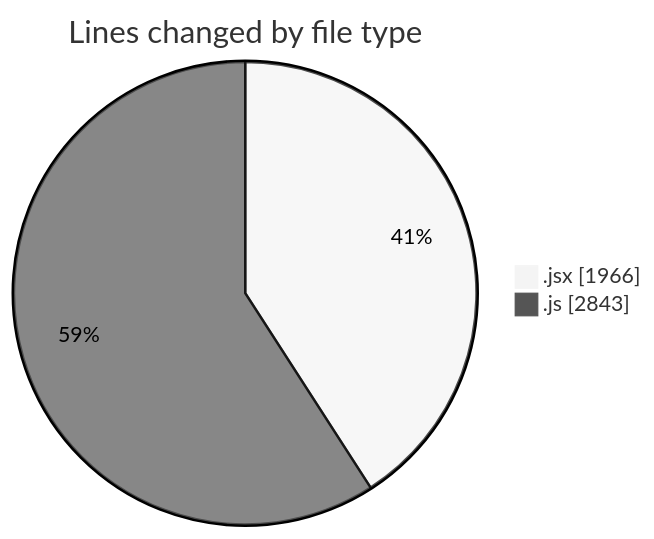
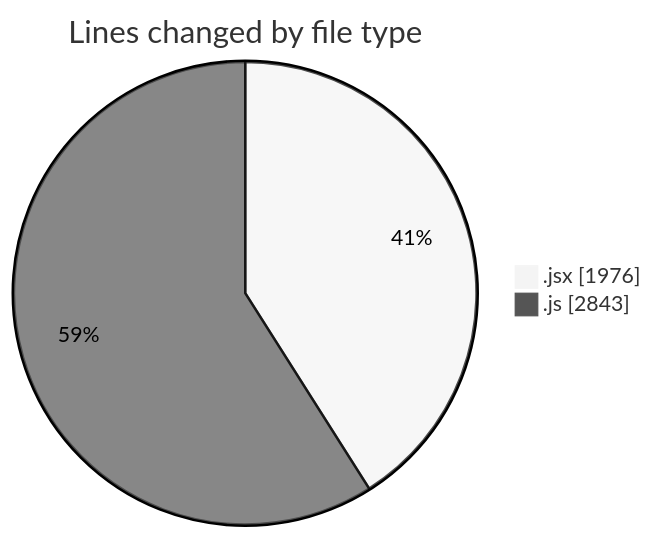
One commit to nxtqubesakshisongat/code-tracking changed the first of 2 diagrams in 2025-11-07/nxtqube_webapp/README.md. Above: the diagram before and after it, drawn with Mermaid (neutral theme). The commit also changed other lines of this file and 1 other file, not shown here.

````diff
--- a/2025-11-07/nxtqube_webapp/README.md
+++ b/2025-11-07/nxtqube_webapp/README.md
@@ -27,6 +27,6 @@
 ```mermaid
 pie showData
 title Lines changed by file type
-".jsx" : 1966
+".jsx" : 1976
 ".js" : 2843
 ```
````
